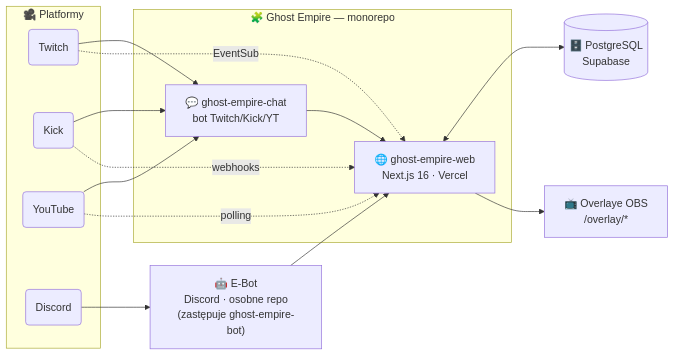
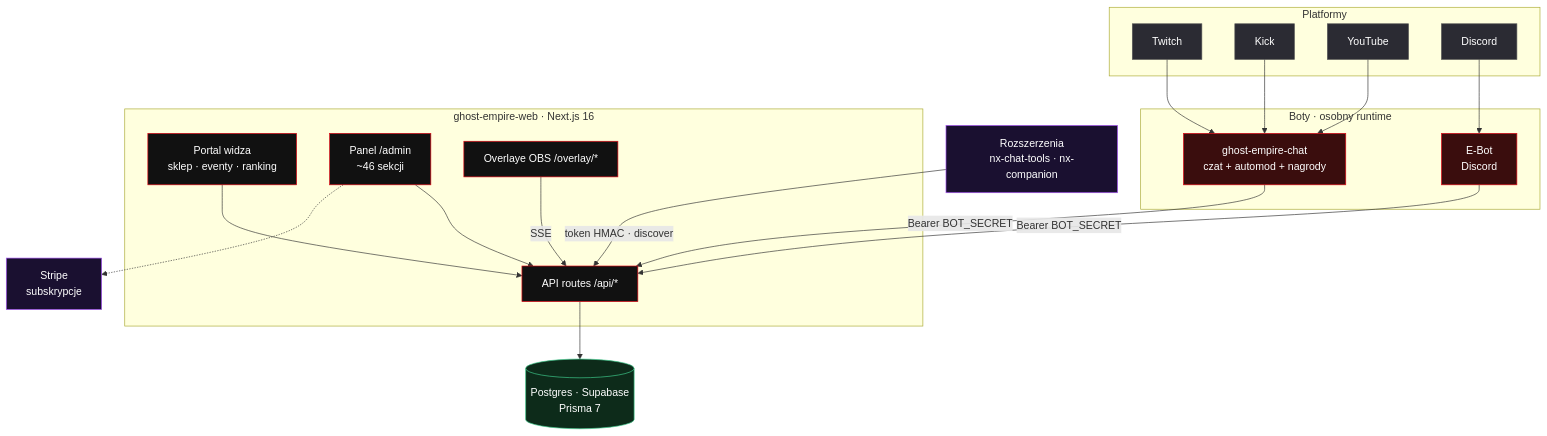
One commit to Gh0s777tt/ghost-empire changed the diagram in README.md. Above: the diagram before and after it, drawn with Mermaid. The commit also changed other lines of this file and 3 other files, not shown here.

````diff
--- a/README.md
+++ b/README.md
@@ -74,21 +60,41 @@
 ```mermaid
-flowchart LR
-    subgraph P["🎥 Platformy"]
-      TW(Twitch) ; KK(Kick) ; YT(YouTube) ; DC(Discord)
-    end
-    subgraph A["🧩 Ghost Empire — monorepo"]
-      WEB["🌐 ghost-empire-web<br/>Next.js 16 · Vercel"]
-      CHAT["💬 ghost-empire-chat<br/>bot Twitch/Kick/YT"]
-    end
-    BOT["🤖 E-Bot<br/>Discord · osobne repo<br/>(zastępuje ghost-empire-bot)"]
-    DB[("🗄️ PostgreSQL<br/>Supabase")]
-    OBS["📺 Overlaye OBS<br/>/overlay/*"]
+flowchart TD
+  subgraph P["Platformy"]
+    TW[Twitch]:::plt
+    KI[Kick]:::plt
+    YT[YouTube]:::plt
+    DC[Discord]:::plt
+  end
+  subgraph B["Boty · osobny runtime"]
+    CHAT["ghost-empire-chat<br/>czat + automod + nagrody"]:::bot
+    EBOT["E-Bot<br/>Discord"]:::bot
+  end
+  subgraph W["ghost-empire-web · Next.js 16"]
+    VIEW["Portal widza<br/>sklep · eventy · ranking"]:::web
+    ADMIN["Panel /admin<br/>~46 sekcji"]:::web
+    API["API routes /api/*"]:::web
+    OVL["Overlaye OBS /overlay/*"]:::web
+  end
+  DB[("Postgres · Supabase<br/>Prisma 7")]:::db
+  STR["Stripe<br/>subskrypcje"]:::ext
+  EXT["Rozszerzenia<br/>nx-chat-tools · nx-companion"]:::ext
 
-    TW & KK & YT --> CHAT --> WEB
-    DC --> BOT --> WEB
-    WEB <--> DB
-    WEB --> OBS
-    TW -. EventSub .-> WEB
-    KK -. webhooks .-> WEB
-    YT -. polling .-> WEB
+  TW --> CHAT
+  KI --> CHAT
+  YT --> CHAT
+  DC --> EBOT
+  CHAT -->|Bearer BOT_SECRET| API
+  EBOT -->|Bearer BOT_SECRET| API
+  VIEW --> API
+  ADMIN --> API
+  API --> DB
+  ADMIN -.-> STR
+  OVL -->|SSE| API
+  EXT -->|token HMAC · discover| API
+
+  classDef plt fill:#2b2b33,stroke:#555,color:#fff;
+  classDef bot fill:#3a0d0d,stroke:#e50914,color:#fff;
+  classDef web fill:#111,stroke:#e50914,color:#fff;
+  classDef db fill:#0d2b1a,stroke:#3fcf8e,color:#fff;
+  classDef ext fill:#1a1030,stroke:#a855f7,color:#fff;
 ```
````
